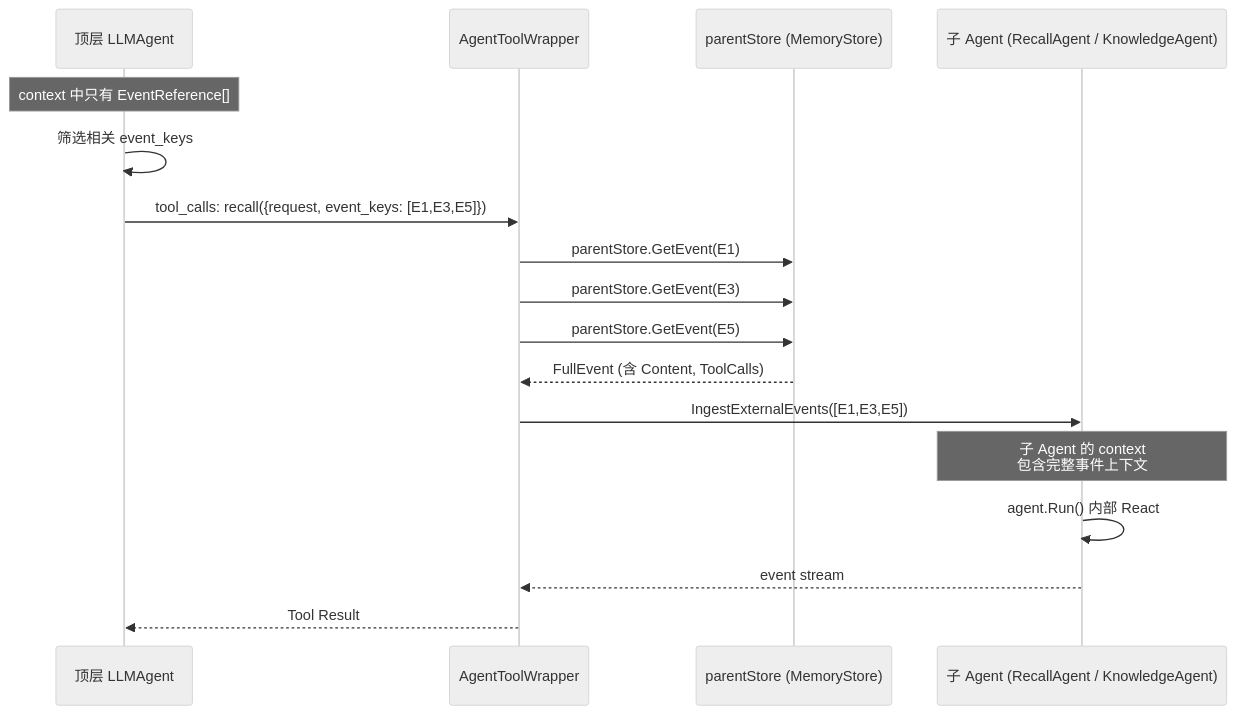
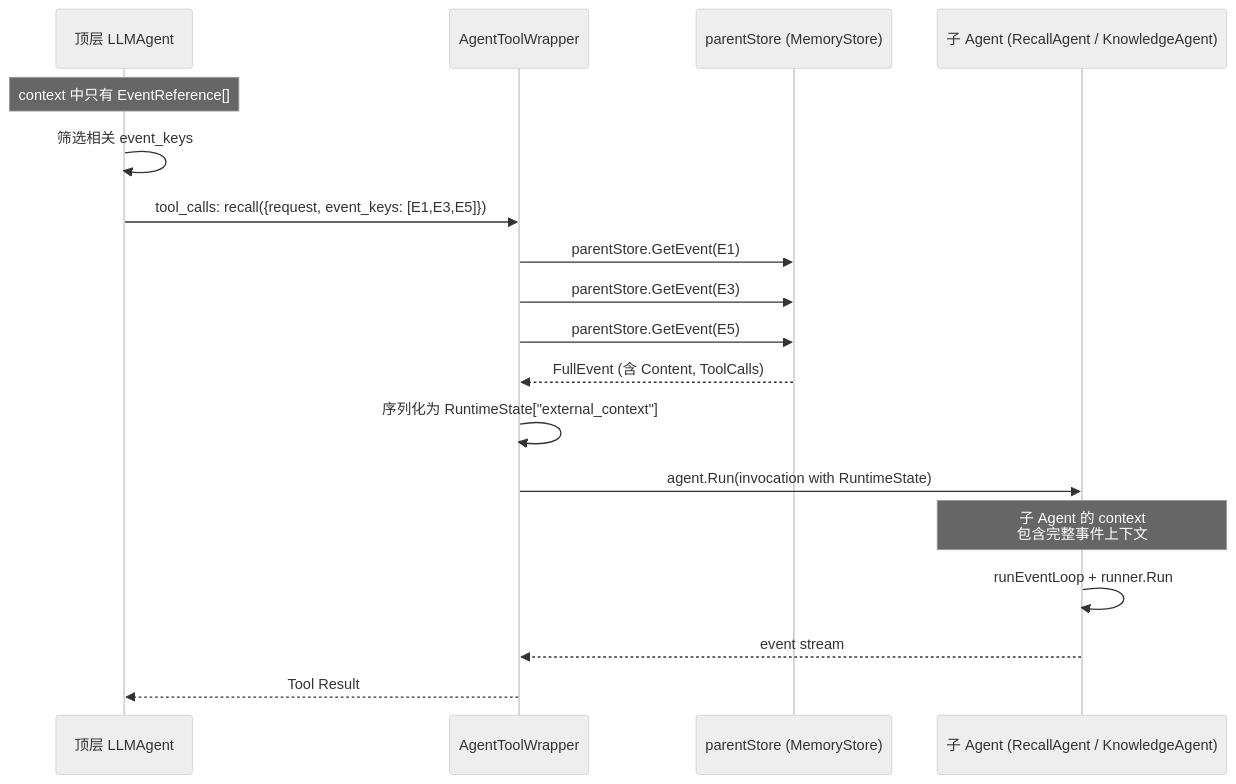
Before and after one commit to SpellingDragon/tagent: the fourth of 5 diagrams in docs/wiki/memory/memory-architecture.md, drawn with Mermaid (neutral theme). The commit also changed other lines of this file and 320 other files, not shown here.

````diff
--- a/docs/wiki/memory/memory-architecture.md
+++ b/docs/wiki/memory/memory-architecture.md
@@ -671,20 +688,21 @@
 ```mermaid
 sequenceDiagram
     participant LLM as 顶层 LLMAgent
     participant ATW as AgentToolWrapper
     participant MS as parentStore (MemoryStore)
     participant SA as 子 Agent (RecallAgent / KnowledgeAgent)
 
     Note over LLM: context 中只有 EventReference[]
     LLM->>LLM: 筛选相关 event_keys
     LLM->>ATW: tool_calls: recall({request, event_keys: [E1,E3,E5]})
     ATW->>MS: parentStore.GetEvent(E1)
     ATW->>MS: parentStore.GetEvent(E3)
     ATW->>MS: parentStore.GetEvent(E5)
     MS-->>ATW: FullEvent (含 Content, ToolCalls)
-    ATW->>SA: IngestExternalEvents([E1,E3,E5])
+    ATW->>ATW: 序列化为 RuntimeState["external_context"]
+    ATW->>SA: agent.Run(invocation with RuntimeState)
     Note over SA: 子 Agent 的 context<br/>包含完整事件上下文
-    SA->>SA: agent.Run() 内部 React
+    SA->>SA: runEventLoop + runner.Run
     SA-->>ATW: event stream
     ATW-->>LLM: Tool Result
 ```
````
